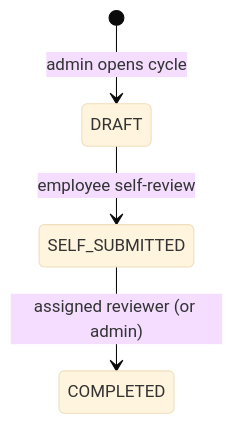
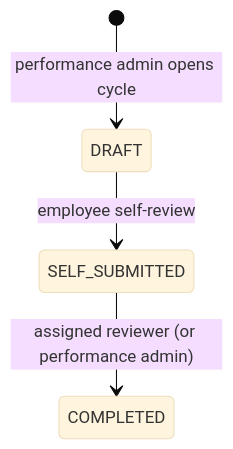
The diagram in docs/modules/performance.md (mky120799/HRMS-PORTAL), drawn with Mermaid (base theme) before and after one commit. The commit also changed other lines of this file and 158 other files, not shown here.

````diff
--- a/docs/modules/performance.md
+++ b/docs/modules/performance.md
@@ -13,6 +13,6 @@
 ```mermaid
 stateDiagram-v2
-  [*] --> DRAFT: admin opens cycle
+  [*] --> DRAFT: performance admin opens cycle
   DRAFT --> SELF_SUBMITTED: employee self-review
-  SELF_SUBMITTED --> COMPLETED: assigned reviewer (or admin)
+  SELF_SUBMITTED --> COMPLETED: assigned reviewer (or performance admin)
 ```
````
